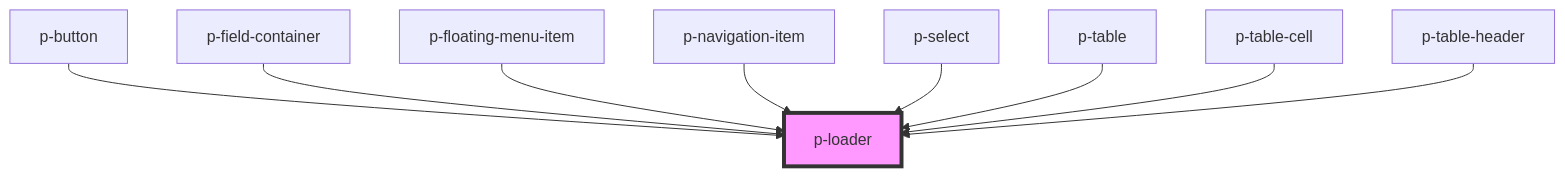
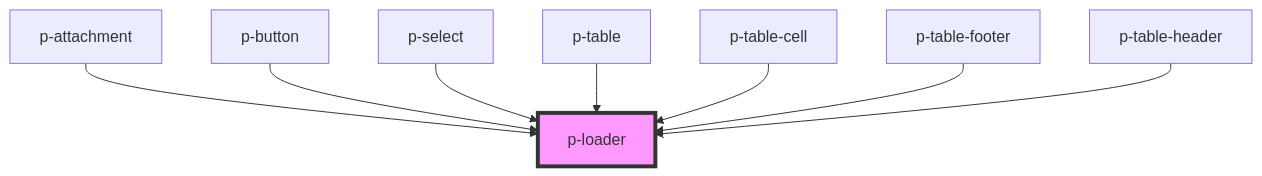
One commit to Employes/Paperless changed the diagram in packages/core/src/components/atoms/loader/readme.md. Above: the diagram before and after it, drawn with Mermaid. The commit also changed other lines of this file and 89 other files, not shown here.

````diff
--- a/packages/core/src/components/atoms/loader/readme.md
+++ b/packages/core/src/components/atoms/loader/readme.md
@@ -33,12 +36,11 @@
 ```mermaid
 graph TD;
+  p-attachment --> p-loader
   p-button --> p-loader
-  p-field-container --> p-loader
-  p-floating-menu-item --> p-loader
-  p-navigation-item --> p-loader
   p-select --> p-loader
   p-table --> p-loader
   p-table-cell --> p-loader
+  p-table-footer --> p-loader
   p-table-header --> p-loader
   style p-loader fill:#f9f,stroke:#333,stroke-width:4px
 ```
````
